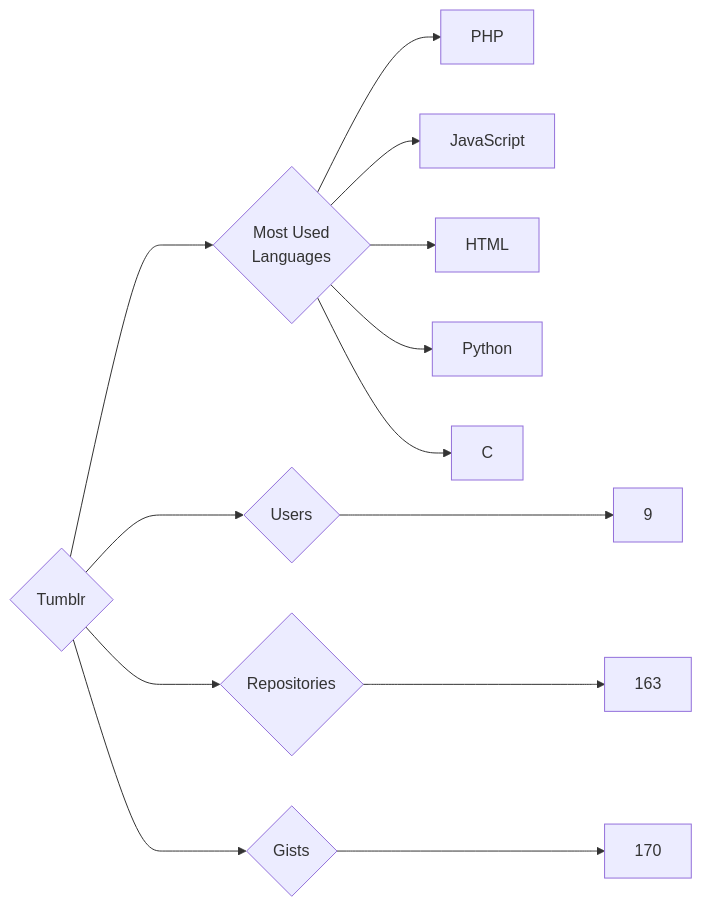
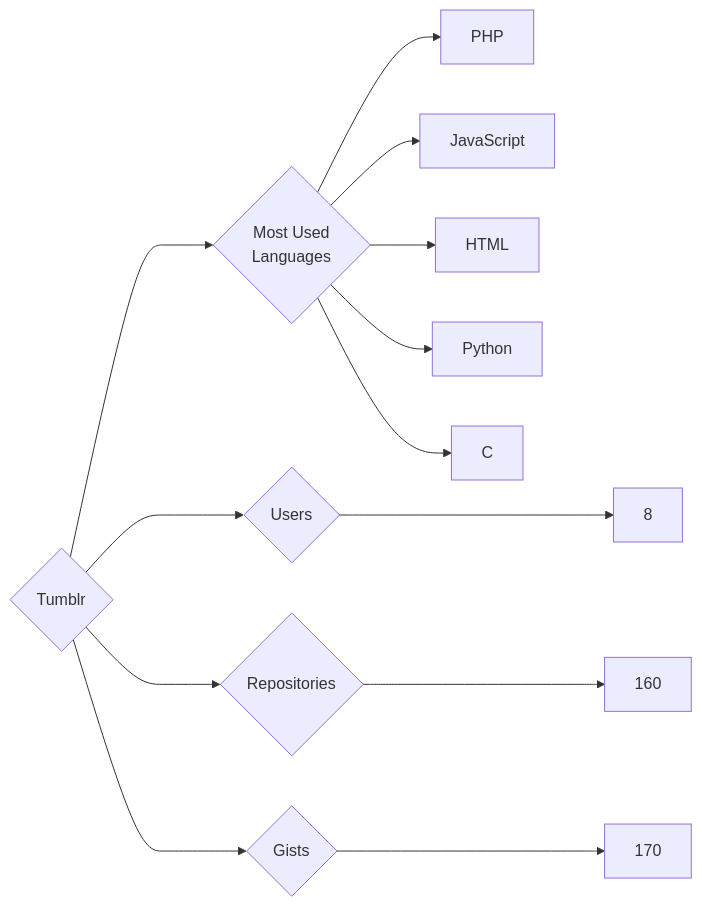
One commit to trickest/insiders changed the diagram in targets/Tumblr/README.md. Above: the diagram before and after it, drawn with Mermaid. The commit also changed 799 other files, not shown here.

````diff
--- a/targets/Tumblr/README.md
+++ b/targets/Tumblr/README.md
@@ -3,13 +3,13 @@
 ```mermaid
 graph LR
 COMPANY_NAME{Tumblr}
-COMPANY_NAME ---> U{Users} ---> UN[9]
-COMPANY_NAME ---> R{Repositories} ---> RN[163]
+COMPANY_NAME ---> U{Users} ---> UN[8]
+COMPANY_NAME ---> R{Repositories} ---> RN[160]
 COMPANY_NAME ---> G{Gists} ---> GN[170]
 COMPANY_NAME ---> ML{Most Used<br>Languages}
 ML --> PHP[PHP]
 ML --> JavaScript[JavaScript]
 ML --> HTML[HTML]
 ML --> Python[Python]
 ML --> C[C]
 ```
````
